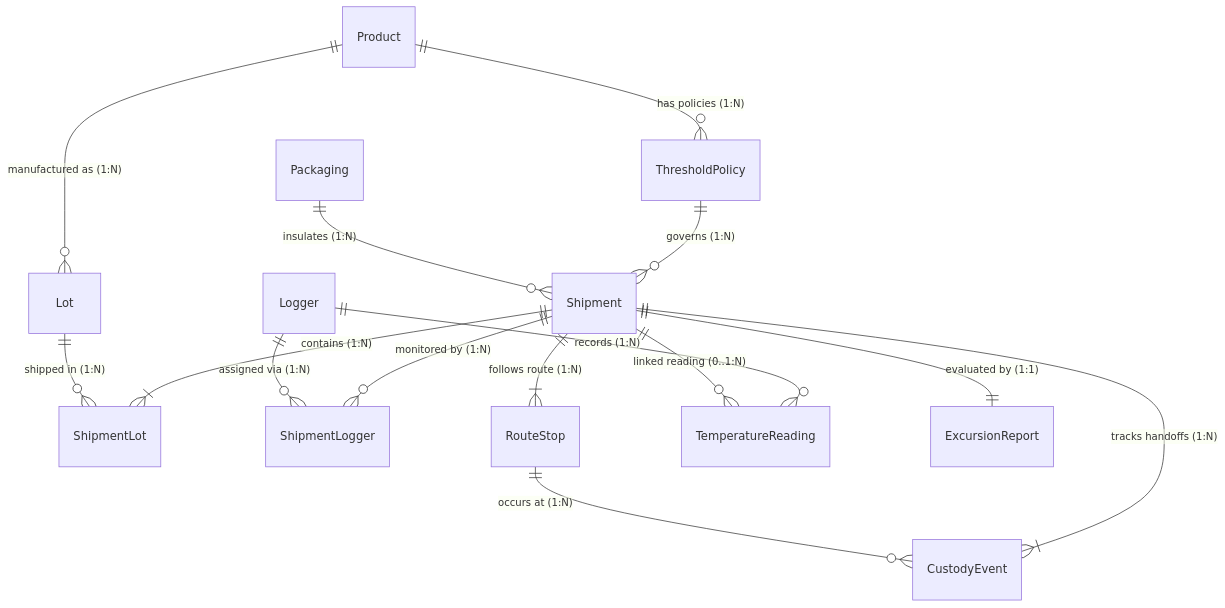
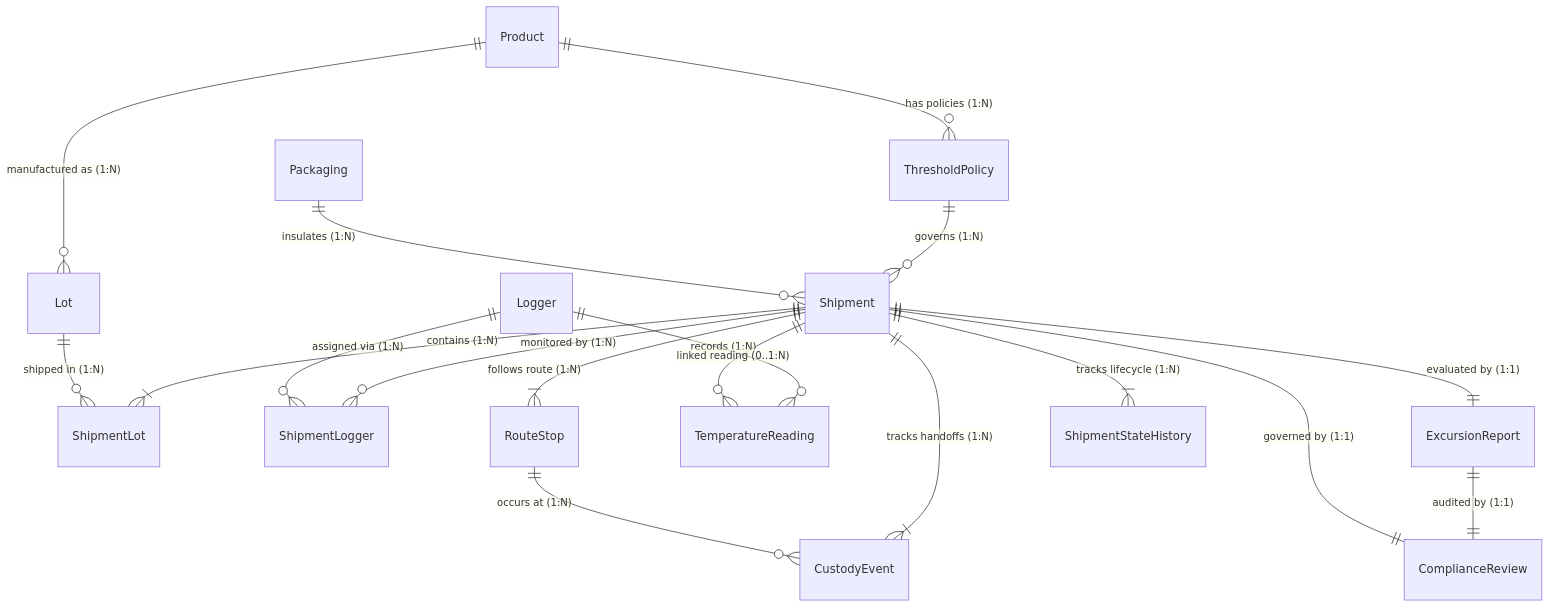
The diagram in docs/DATA_DICTIONARY.md (Likhithguthula/coldchain-compliance), drawn with Mermaid before and after one commit. The commit also changed other lines of this file and 45 other files, not shown here.

Commit message:
ColdChain Compliance: resolve Oct 28 evaluation findings, add ComplianceReview, bound excursion durations, and harden validator/inspector

````diff
--- a/docs/DATA_DICTIONARY.md
+++ b/docs/DATA_DICTIONARY.md
@@ -15,17 +15,20 @@
 ```mermaid
 erDiagram
     Product ||--o{ ThresholdPolicy : "has policies (1:N)"
     Product ||--o{ Lot : "manufactured as (1:N)"
     ThresholdPolicy ||--o{ Shipment : "governs (1:N)"
     Packaging ||--o{ Shipment : "insulates (1:N)"
     Shipment ||--|{ ShipmentLot : "contains (1:N)"
     Lot ||--o{ ShipmentLot : "shipped in (1:N)"
     Shipment ||--o{ ShipmentLogger : "monitored by (1:N)"
     Logger ||--o{ ShipmentLogger : "assigned via (1:N)"
     Shipment ||--|{ RouteStop : "follows route (1:N)"
     Shipment ||--|{ CustodyEvent : "tracks handoffs (1:N)"
     RouteStop ||--o{ CustodyEvent : "occurs at (1:N)"
     Logger ||--o{ TemperatureReading : "records (1:N)"
     Shipment ||--o{ TemperatureReading : "linked reading (0..1:N)"
     Shipment ||--|| ExcursionReport : "evaluated by (1:1)"
+    ExcursionReport ||--|| ComplianceReview : "audited by (1:1)"
+    Shipment ||--|| ComplianceReview : "governed by (1:1)"
+    Shipment ||--|{ ShipmentStateHistory : "tracks lifecycle (1:N)"
 ```
````
